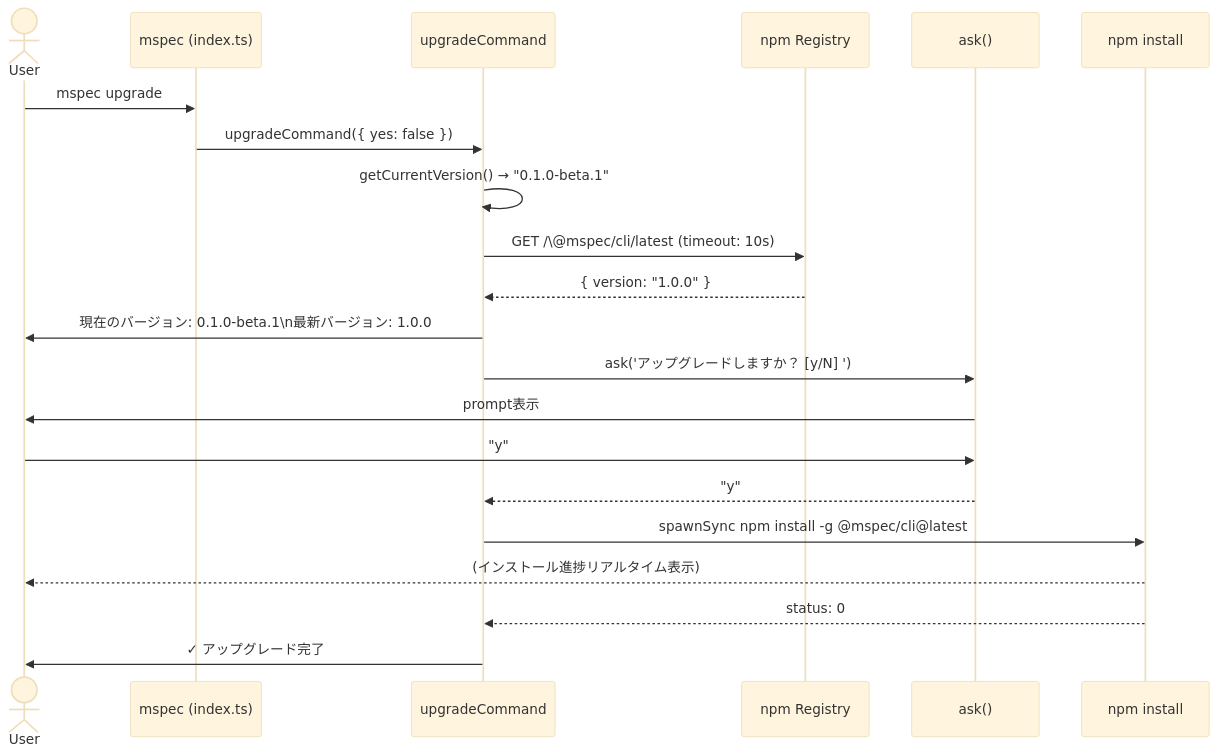
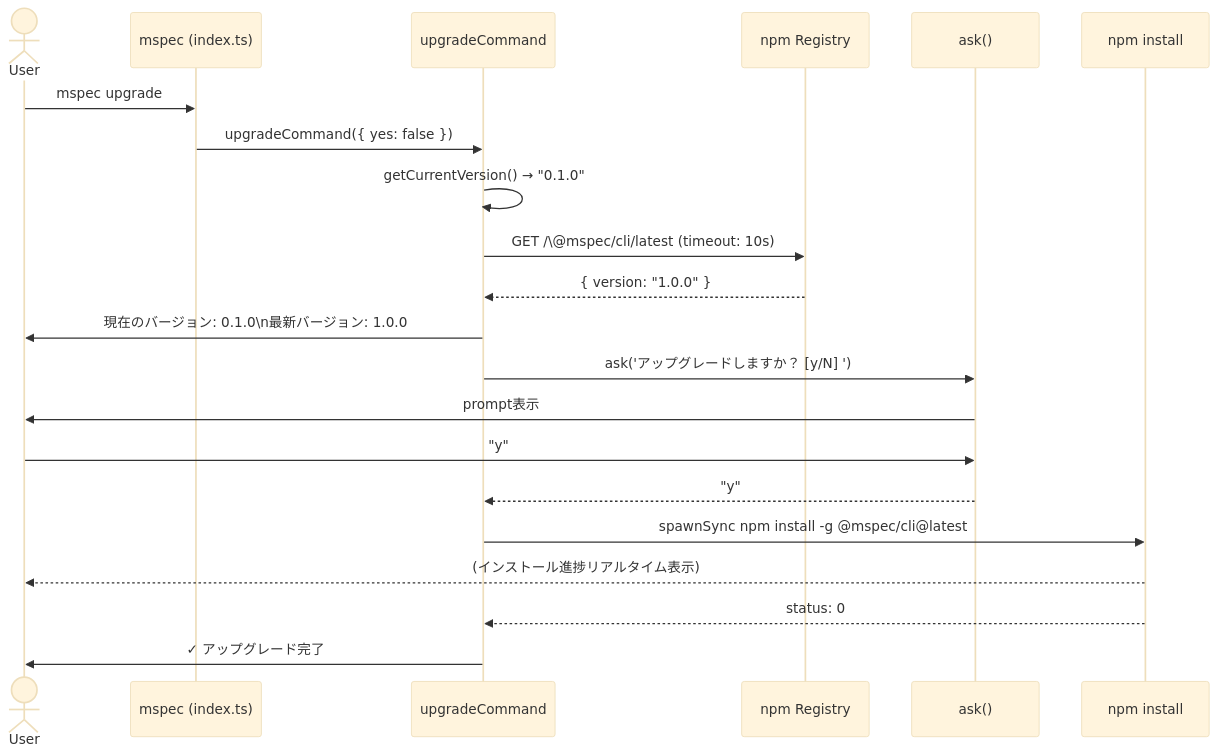
One commit to tubone24/mspec changed the second of 6 diagrams in changes/archive/2026-05-18-125018-cli-upgrade/architecture-overview.md. Above: the diagram before and after it, drawn with Mermaid (base theme). The commit also changed other lines of this file and 22 other files, not shown here.

````diff
--- a/changes/archive/2026-05-18-125018-cli-upgrade/architecture-overview.md
+++ b/changes/archive/2026-05-18-125018-cli-upgrade/architecture-overview.md
@@ -31,24 +31,24 @@
 ```mermaid
 sequenceDiagram
     actor User
     participant CLI as mspec (index.ts)
     participant Upgrade as upgradeCommand
     participant Registry as npm Registry
     participant Prompt as ask()
     participant NPM as npm install
 
     User->>CLI: mspec upgrade
     CLI->>Upgrade: upgradeCommand({ yes: false })
-    Upgrade->>Upgrade: getCurrentVersion() → "0.1.0-beta.1"
+    Upgrade->>Upgrade: getCurrentVersion() → "0.1.0"
     Upgrade->>Registry: GET /\@mspec/cli/latest (timeout: 10s)
     Registry-->>Upgrade: { version: "1.0.0" }
-    Upgrade->>User: 現在のバージョン: 0.1.0-beta.1\n最新バージョン:   1.0.0
+    Upgrade->>User: 現在のバージョン: 0.1.0\n最新バージョン:   1.0.0
     Upgrade->>Prompt: ask('アップグレードしますか？ [y/N] ')
     Prompt->>User: prompt表示
     User->>Prompt: "y"
     Prompt-->>Upgrade: "y"
     Upgrade->>NPM: spawnSync npm install -g @mspec/cli@latest
     NPM-->>User: (インストール進捗リアルタイム表示)
     NPM-->>Upgrade: status: 0
     Upgrade->>User: ✓ アップグレード完了
 ```
````
